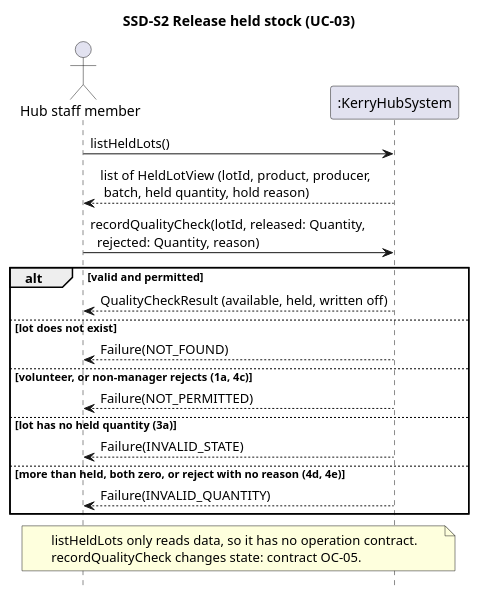
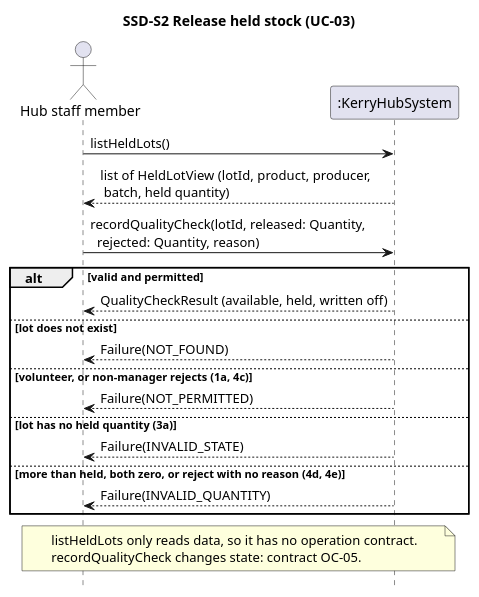
Before and after one commit to Geese4000/ca-analysis: the diagram in design/ssd/SSD-S2-release-held-stock.puml, drawn with PlantUML. The commit also changed 5 other files, not shown here.

Commit message:
DES-23: remove hold reason from HeldLotView; fix available-quantity invariant in OC-05

```diff
--- a/design/ssd/SSD-S2-release-held-stock.puml
+++ b/design/ssd/SSD-S2-release-held-stock.puml
@@ -1,33 +1,33 @@
 @startuml SSD-S2-release-held-stock
 ' System sequence diagram for UC-03 Release held stock, slice S2
 ' Black-box view: one actor, the system as a single lifeline, system events and returned outcomes only
 hide footbox
 skinparam shadowing false
 skinparam sequenceMessageAlign left
 
 title SSD-S2 Release held stock (UC-03)
 
 actor "Hub staff member" as A
 participant ":KerryHubSystem" as S
 
 A -> S : listHeldLots()
-S --> A : list of HeldLotView (lotId, product, producer,\n batch, held quantity, hold reason)
+S --> A : list of HeldLotView (lotId, product, producer,\n batch, held quantity)
 
 A -> S : recordQualityCheck(lotId, released: Quantity,\n  rejected: Quantity, reason)
 alt valid and permitted
   S --> A : QualityCheckResult (available, held, written off)
 else lot does not exist
   S --> A : Failure(NOT_FOUND)
 else volunteer, or non-manager rejects (1a, 4c)
   S --> A : Failure(NOT_PERMITTED)
 else lot has no held quantity (3a)
   S --> A : Failure(INVALID_STATE)
 else more than held, both zero, or reject with no reason (4d, 4e)
   S --> A : Failure(INVALID_QUANTITY)
 end
 
 note over A, S
   listHeldLots only reads data, so it has no operation contract.
   recordQualityCheck changes state: contract OC-05.
 end note
 @enduml
```
